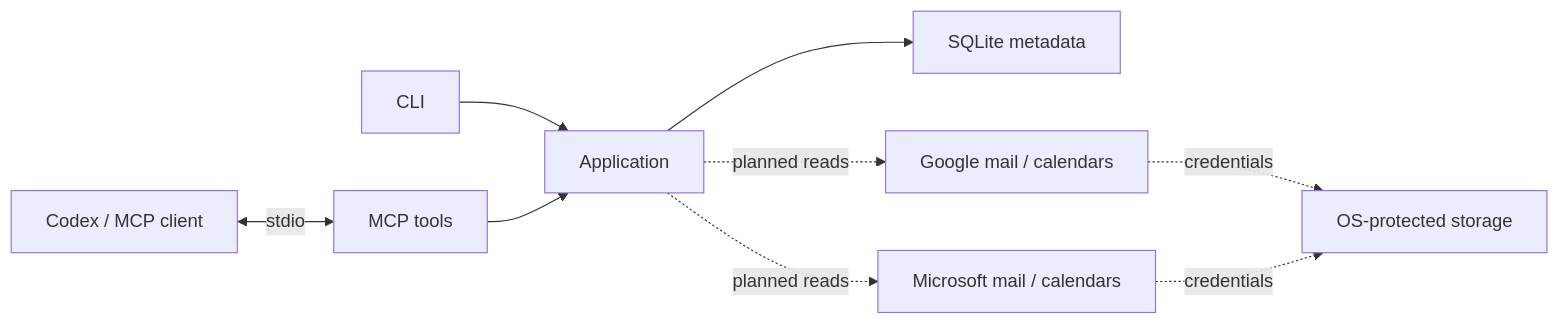
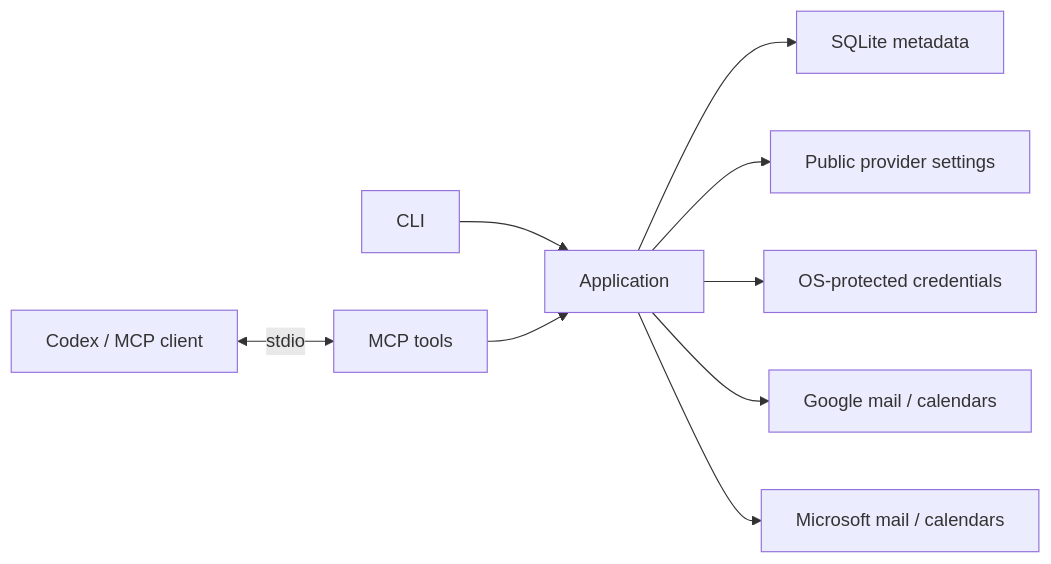
One commit to umbertotechnopreneur/MailMeUp changed the diagram in docs/ARCHITECTURE.md. Above: the diagram before and after it, drawn with Mermaid. The commit also changed other lines of this file and 96 other files, not shown here.

````diff
--- a/docs/ARCHITECTURE.md
+++ b/docs/ARCHITECTURE.md
@@ -5,11 +5,11 @@
 ```mermaid
 flowchart LR
     CLI[CLI] --> APP[Application]
     CLIENT[Codex / MCP client] <-->|stdio| MCP[MCP tools]
     MCP --> APP
     APP --> DB[SQLite metadata]
-    APP -. planned reads .-> GOOGLE[Google mail / calendars]
-    APP -. planned reads .-> MS[Microsoft mail / calendars]
-    GOOGLE -. credentials .-> VAULT[OS-protected storage]
-    MS -. credentials .-> VAULT
+    APP --> SETTINGS[Public provider settings]
+    APP --> VAULT[OS-protected credentials]
+    APP --> GOOGLE[Google mail / calendars]
+    APP --> MS[Microsoft mail / calendars]
 ```
````
